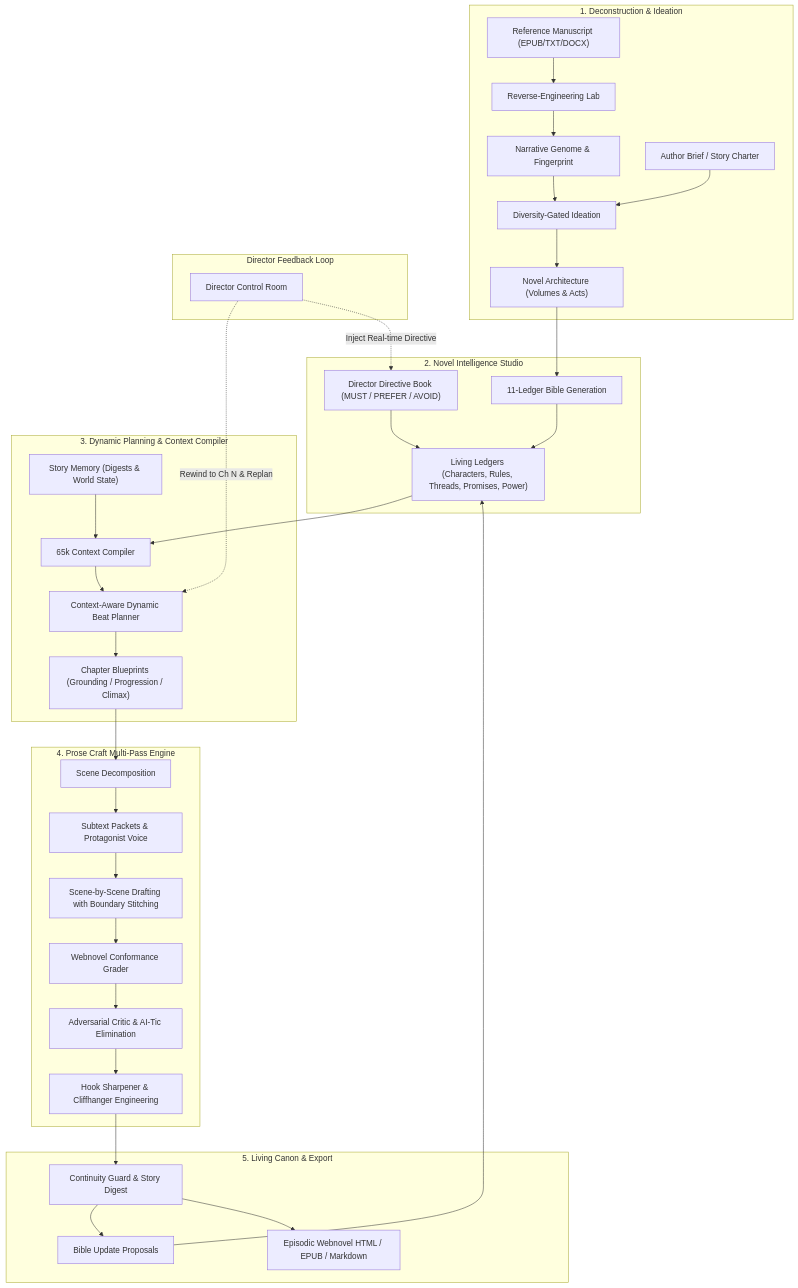
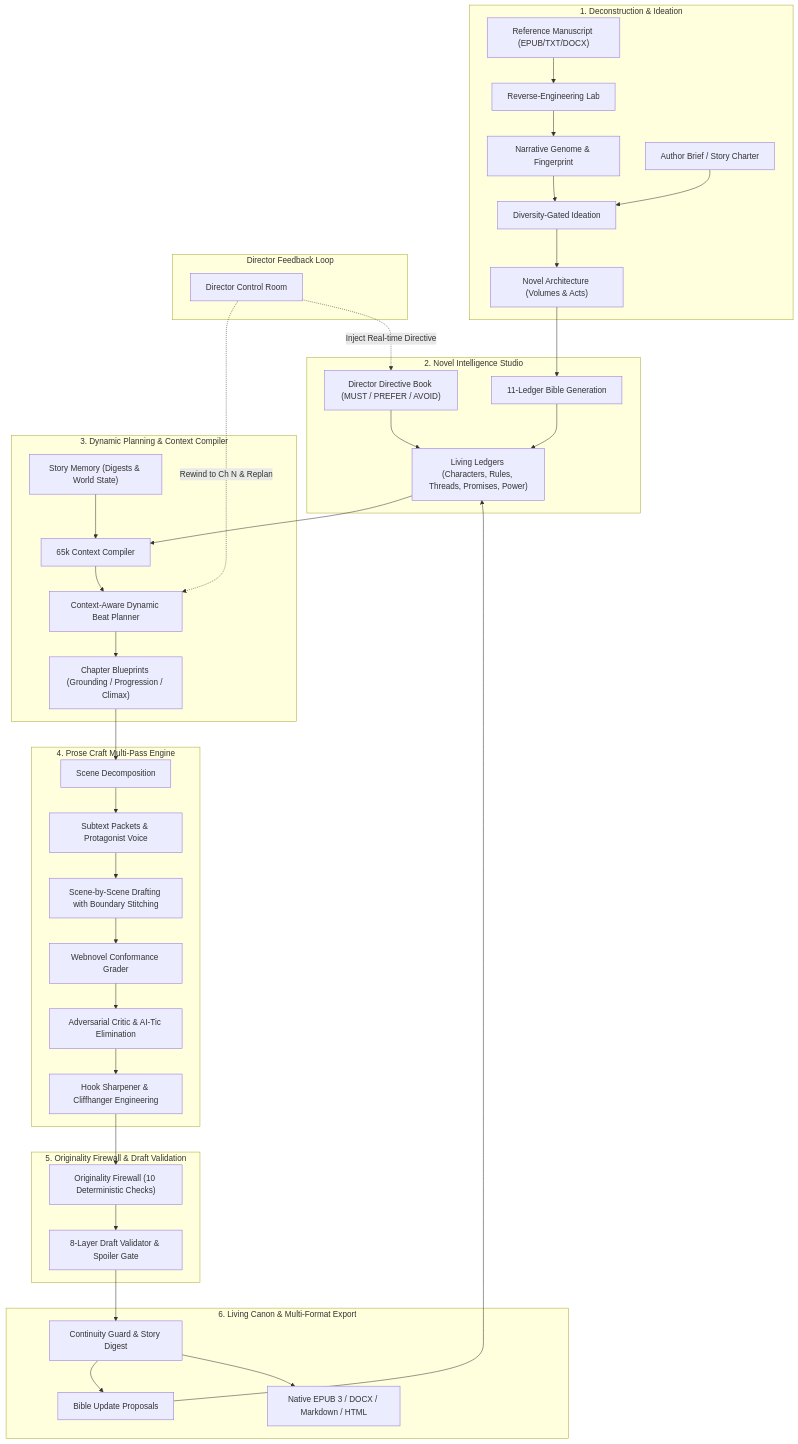
Before and after one commit to sibdbdbd/NovelForge-EN: the diagram in README.md, drawn with Mermaid. The commit also changed other lines of this file, not shown here.

````diff
--- a/README.md
+++ b/README.md
@@ -105,44 +112,49 @@
 ```mermaid
 flowchart TD
     subgraph Ingestion ["1. Deconstruction & Ideation"]
         EPUB["Reference Manuscript (EPUB/TXT/DOCX)"] --> Deconstruct["Reverse-Engineering Lab"]
         Deconstruct --> Genome["Narrative Genome & Fingerprint"]
         Brief["Author Brief / Story Charter"] --> Ideation["Diversity-Gated Ideation"]
         Genome --> Ideation
         Ideation --> Architecture["Novel Architecture (Volumes & Acts)"]
     end
 
     subgraph StudioBible ["2. Novel Intelligence Studio"]
         Architecture --> BibleGen["11-Ledger Bible Generation"]
         BibleGen --> Ledgers["Living Ledgers (Characters, Rules, Threads, Promises, Power)"]
         Directives["Director Directive Book (MUST / PREFER / AVOID)"] --> Ledgers
     end
 
     subgraph ChapterPlanning ["3. Dynamic Planning & Context Compiler"]
         Ledgers --> Compiler["65k Context Compiler"]
         Memory["Story Memory (Digests & World State)"] --> Compiler
         Compiler --> BeatPlanner["Context-Aware Dynamic Beat Planner"]
         BeatPlanner --> Blueprints["Chapter Blueprints (Grounding / Progression / Climax)"]
     end
 
     subgraph ProseCraftLayer ["4. Prose Craft Multi-Pass Engine"]
         Blueprints --> SceneSplitter["Scene Decomposition"]
         SceneSplitter --> Subtext["Subtext Packets & Protagonist Voice"]
         Subtext --> SceneDraft["Scene-by-Scene Drafting with Boundary Stitching"]
         SceneDraft --> Conformance["Webnovel Conformance Grader"]
         Conformance --> Critic["Adversarial Critic & AI-Tic Elimination"]
         Critic --> HookSharpener["Hook Sharpener & Cliffhanger Engineering"]
     end
 
-    subgraph ReviewAndExport ["5. Living Canon & Export"]
-        HookSharpener --> Continuity["Continuity Guard & Story Digest"]
+    subgraph QualityGate ["5. Originality Firewall & Draft Validation"]
+        HookSharpener --> Firewall["Originality Firewall (10 Deterministic Checks)"]
+        Firewall --> Validator["8-Layer Draft Validator & Spoiler Gate"]
+    end
+
+    subgraph ReviewAndExport ["6. Living Canon & Multi-Format Export"]
+        Validator --> Continuity["Continuity Guard & Story Digest"]
         Continuity --> Proposals["Bible Update Proposals"]
         Proposals --> Ledgers
-        Continuity --> Export["Episodic Webnovel HTML / EPUB / Markdown"]
+        Continuity --> Export["Native EPUB 3 / DOCX / Markdown / HTML"]
     end
 
     subgraph DirectorLoop ["Director Feedback Loop"]
         DirectorPanel["Director Control Room"] -.->|"Rewind to Ch N & Replan"| BeatPlanner
         DirectorPanel -.->|"Inject Real-time Directive"| Directives
     end
 ```
````
